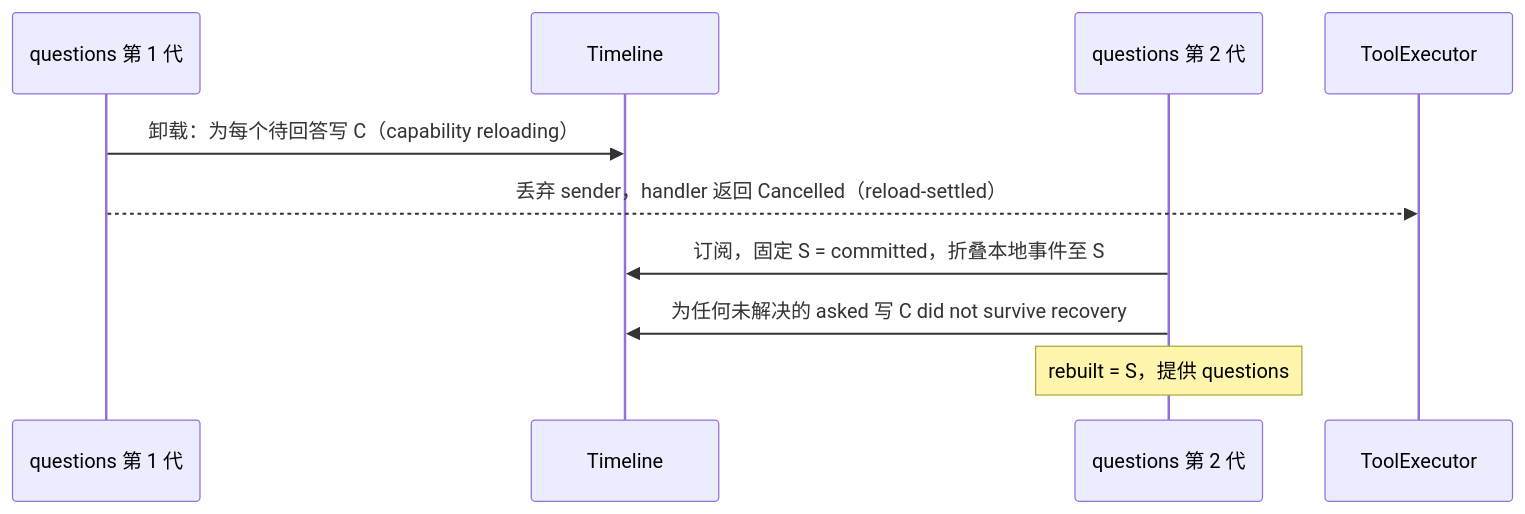
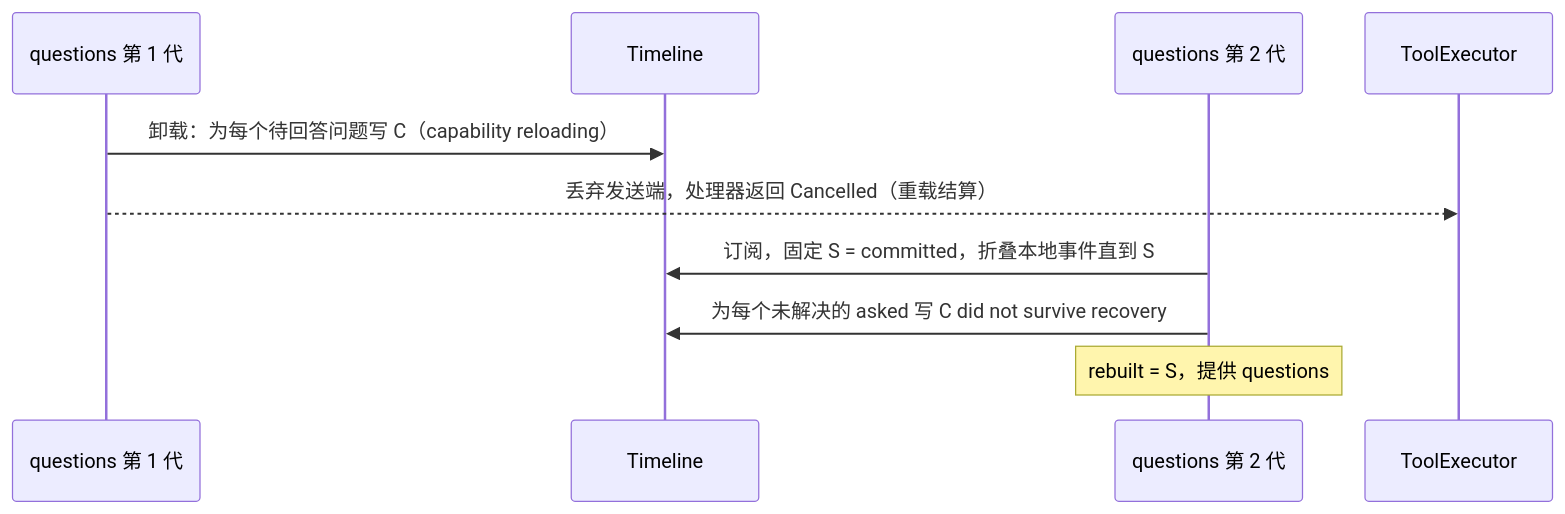
One commit to CoutinhoTTS/dim-agent changed the sixth of 6 diagrams in docs/zh/design/plugins/Questions.md. Above: the diagram before and after it, drawn with Mermaid. The commit also changed other lines of this file and 18 other files, not shown here.

````diff
--- a/docs/zh/design/plugins/Questions.md
+++ b/docs/zh/design/plugins/Questions.md
@@ -157,12 +157,12 @@
 ```mermaid
 sequenceDiagram
   participant G1 as questions 第 1 代
   participant TL as Timeline
   participant G2 as questions 第 2 代
   participant TE as ToolExecutor
-  G1->>TL: 卸载：为每个待回答写 C（capability reloading）
-  G1-->>TE: 丢弃 sender，handler 返回 Cancelled（reload-settled）
-  G2->>TL: 订阅，固定 S = committed，折叠本地事件至 S
-  G2->>TL: 为任何未解决的 asked 写 C did not survive recovery
+  G1->>TL: 卸载：为每个待回答问题写 C（capability reloading）
+  G1-->>TE: 丢弃发送端，处理器返回 Cancelled（重载结算）
+  G2->>TL: 订阅，固定 S = committed，折叠本地事件直到 S
+  G2->>TL: 为每个未解决的 asked 写 C did not survive recovery
   Note over G2: rebuilt = S，提供 questions
 ```
````
